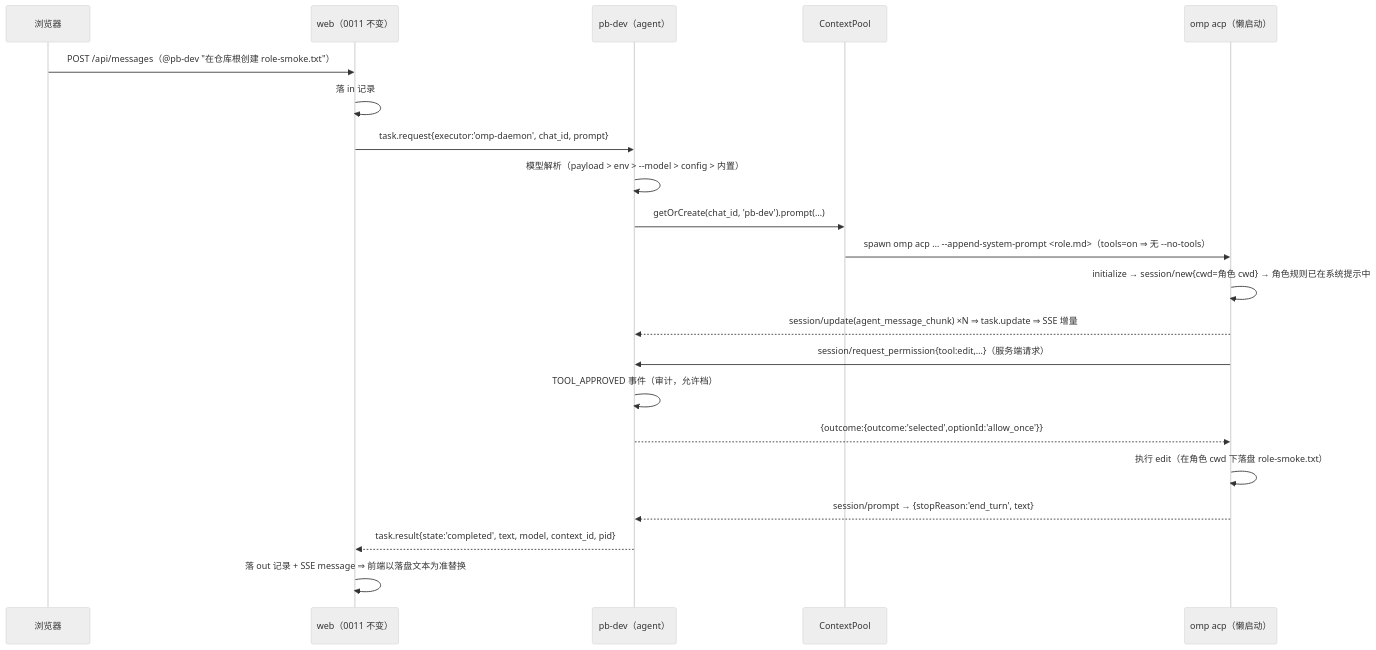
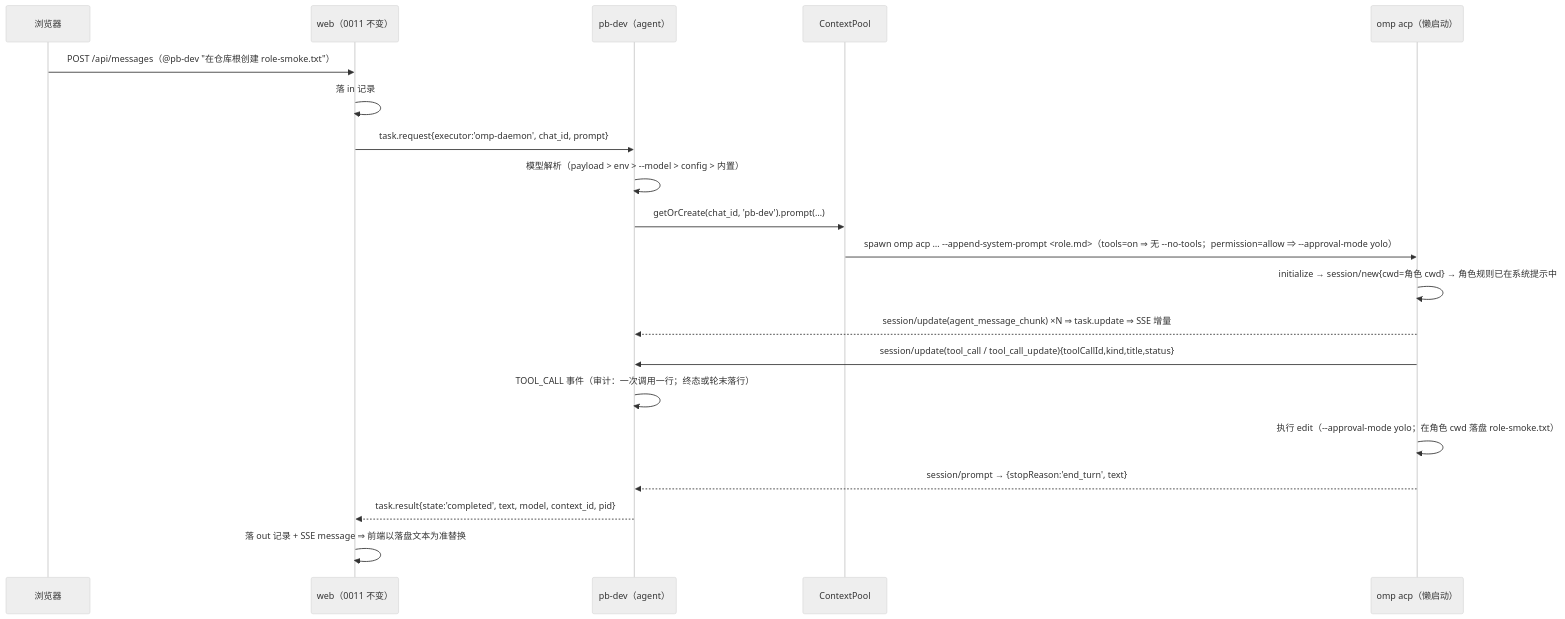
The third of 3 diagrams in docs/iterations/0012-roles-agent-cluster/architecture.md (chenchiyuan/agents), drawn with Mermaid (neutral theme) before and after one commit. The commit also changed other lines of this file and 1 other file, not shown here.

Commit message:
docs(0012): pr-007 卡（阶段 6 返工：approval-mode 映射 + tool_call 审计源）

````diff
--- a/docs/iterations/0012-roles-agent-cluster/architecture.md
+++ b/docs/iterations/0012-roles-agent-cluster/architecture.md
@@ -492,23 +494,22 @@
 ```mermaid
 sequenceDiagram
   participant B as 浏览器
   participant W as web（0011 不变）
   participant A as pb-dev（agent）
   participant P as ContextPool
   participant O as omp acp（懒启动）
   B->>W: POST /api/messages（@pb-dev "在仓库根创建 role-smoke.txt"）
   W->>W: 落 in 记录
   W->>A: task.request{executor:'omp-daemon', chat_id, prompt}
   A->>A: 模型解析（payload > env > --model > config > 内置）
   A->>P: getOrCreate(chat_id, 'pb-dev').prompt(…)
-  P->>O: spawn omp acp … --append-system-prompt <role.md>（tools=on ⇒ 无 --no-tools）
+  P->>O: spawn omp acp … --append-system-prompt <role.md>（tools=on ⇒ 无 --no-tools；permission=allow ⇒ --approval-mode yolo）
   O->>O: initialize → session/new{cwd=角色 cwd} → 角色规则已在系统提示中
   O-->>A: session/update(agent_message_chunk) ×N ⇒ task.update ⇒ SSE 增量
-  O->>A: session/request_permission{tool:edit,…}（服务端请求）
-  A->>A: TOOL_APPROVED 事件（审计，允许档）
-  A-->>O: {outcome:{outcome:'selected',optionId:'allow_once'}}
-  O->>O: 执行 edit（在角色 cwd 下落盘 role-smoke.txt）
+  O->>A: session/update(tool_call / tool_call_update){toolCallId,kind,title,status}
+  A->>A: TOOL_CALL 事件（审计：一次调用一行；终态或轮末落行）
+  O->>O: 执行 edit（--approval-mode yolo；在角色 cwd 落盘 role-smoke.txt）
   O-->>A: session/prompt → {stopReason:'end_turn', text}
   A-->>W: task.result{state:'completed', text, model, context_id, pid}
   W->>W: 落 out 记录 + SSE message ⇒ 前端以落盘文本为准替换
 ```
````
